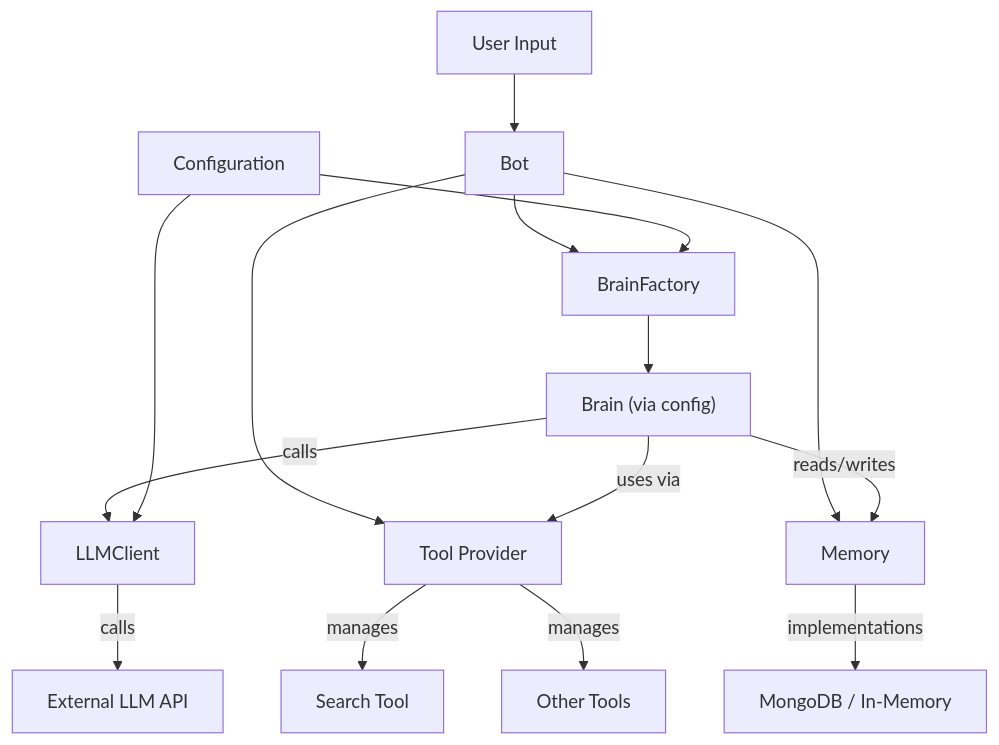
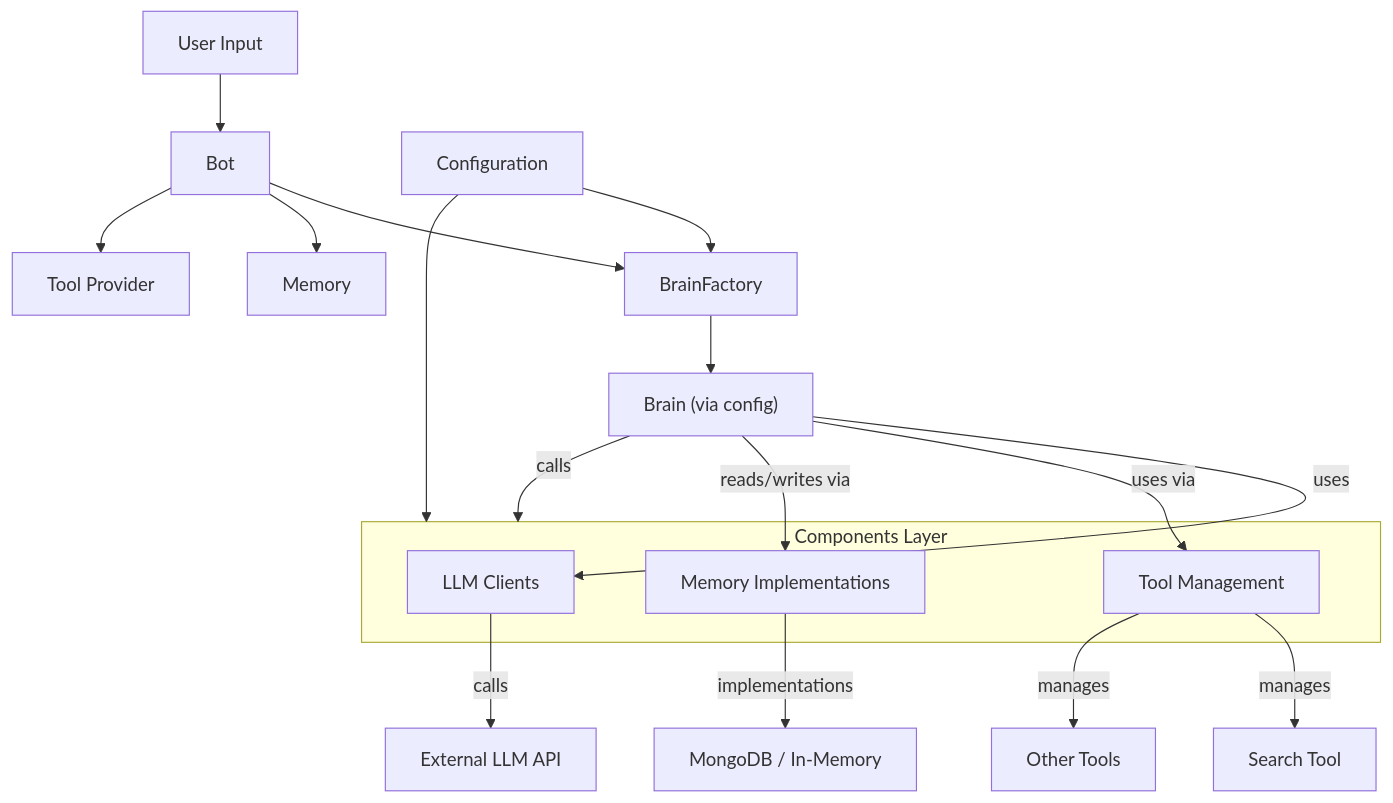
The first of 2 diagrams in README.md (minhbtrc/chatbot-template), drawn with Mermaid before and after one commit. The commit also changed other lines of this file and 1 other file, not shown here.

````diff
--- a/README.md
+++ b/README.md
@@ -102,30 +99,39 @@
 ```mermaid
 graph TD
     %% Entry
     UserInput["User Input"] --> Bot
 
     %% Bot Layer
     Bot --> BrainFactory
     BrainFactory --> BrainInstance["Brain (via config)"]
     Bot --> Memory
     Bot --> ToolProvider["Tool Provider"]
     
     %% Reasoning Layer
-    BrainInstance -->|calls| LLMClient
-    BrainInstance -->|uses via| ToolProvider
-    BrainInstance -->|reads/writes| Memory
+    BrainInstance -->|calls| ComponentsLayer["Components Layer"]
+    
+    %% Components Layer
+    subgraph ComponentsLayer["Components Layer"]
+        LLMClient["LLM Clients"]
+        MemoryImplementations["Memory Implementations"]
+        ToolsManagement["Tool Management"]
+    end
+    
+    BrainInstance -->|uses| LLMClient
+    BrainInstance -->|uses via| ToolsManagement
+    BrainInstance -->|reads/writes via| MemoryImplementations
     
     %% LLM Layer
     LLMClient -->|calls| ExternalAPI["External LLM API"]
     
     %% Tool Layer
-    ToolProvider -->|manages| SearchTool["Search Tool"]
-    ToolProvider -->|manages| OtherTools["Other Tools"]
+    ToolsManagement -->|manages| SearchTool["Search Tool"]
+    ToolsManagement -->|manages| OtherTools["Other Tools"]
     
     %% Memory Layer
-    Memory -->|implementations| StorageOptions["MongoDB / In-Memory"]
+    MemoryImplementations -->|implementations| StorageOptions["MongoDB / In-Memory"]
     
     %% Configuration
     Config["Configuration"] --> BrainFactory
-    Config --> LLMClient
+    Config --> ComponentsLayer
 ```
````
